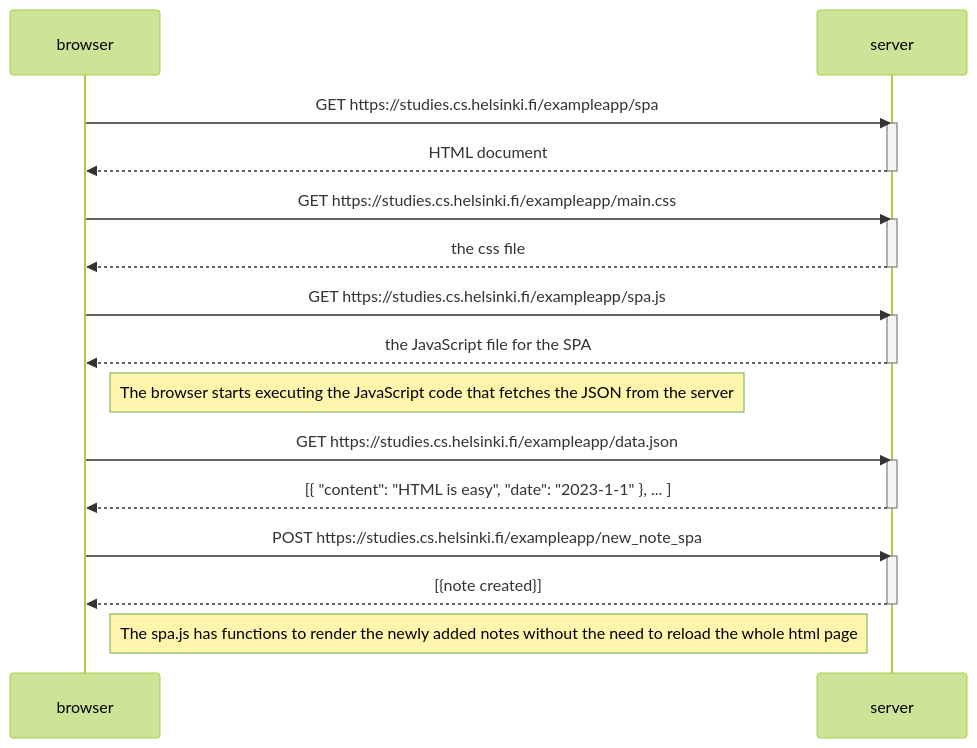
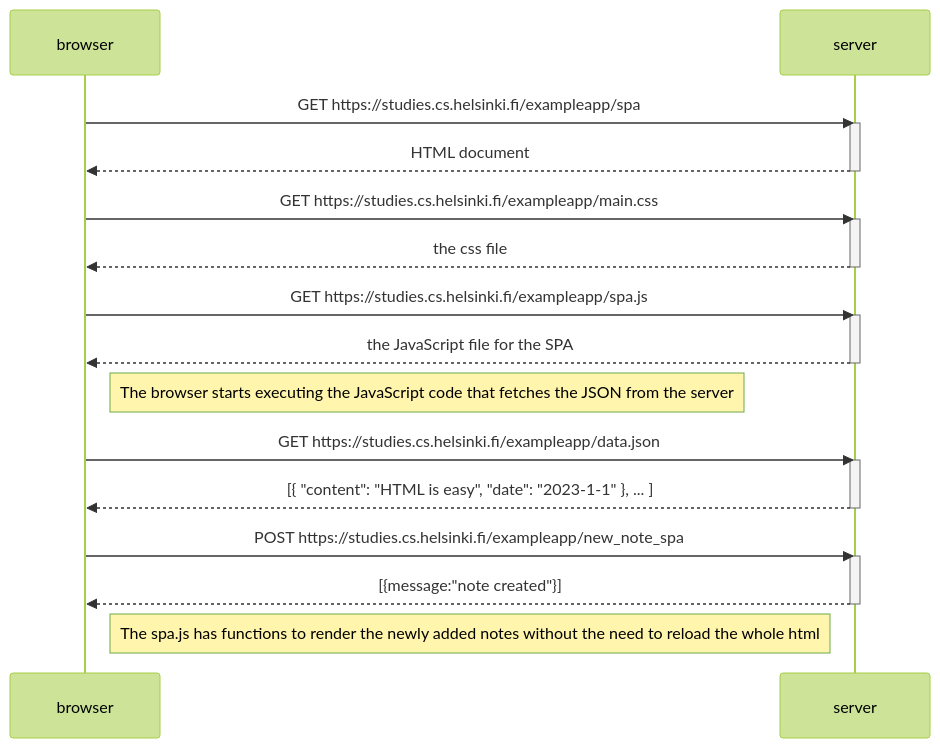
The diagram in part0/0.6/mermaid.md (DigitalBubblegum/FullstackOpen), drawn with Mermaid (forest theme) before and after one commit.

Commit message:
-made revision to 0.6

````diff
--- a/part0/0.6/mermaid.md
+++ b/part0/0.6/mermaid.md
@@ -1,34 +1,34 @@
 ```mermaid
 sequenceDiagram
     participant browser
     participant server
 
     browser->>server: GET https://studies.cs.helsinki.fi/exampleapp/spa
     activate server
     server-->>browser: HTML document
     deactivate server
     
     browser->>server: GET https://studies.cs.helsinki.fi/exampleapp/main.css
     activate server
     server-->>browser: the css file
     deactivate server
     
     browser->>server: GET https://studies.cs.helsinki.fi/exampleapp/spa.js
     activate server
     server-->>browser: the JavaScript file for the SPA 
     deactivate server
     
     Note right of browser: The browser starts executing the JavaScript code that fetches the JSON from the server
     
     browser->>server: GET https://studies.cs.helsinki.fi/exampleapp/data.json
     activate server
     server-->>browser: [{ "content": "HTML is easy", "date": "2023-1-1" }, ... ]
     deactivate server
 
     browser->>server: POST https://studies.cs.helsinki.fi/exampleapp/new_note_spa
     activate server
-    server-->>browser: [{note created}]
+    server-->>browser: [{message:"note created"}]
     deactivate server  
 
-    Note left of server: The spa.js has functions to render the newly added notes without the need to reload the whole html page      
+    Note left of server: The spa.js has functions to render the newly added notes without the need to reload the whole html      
 ```
````
